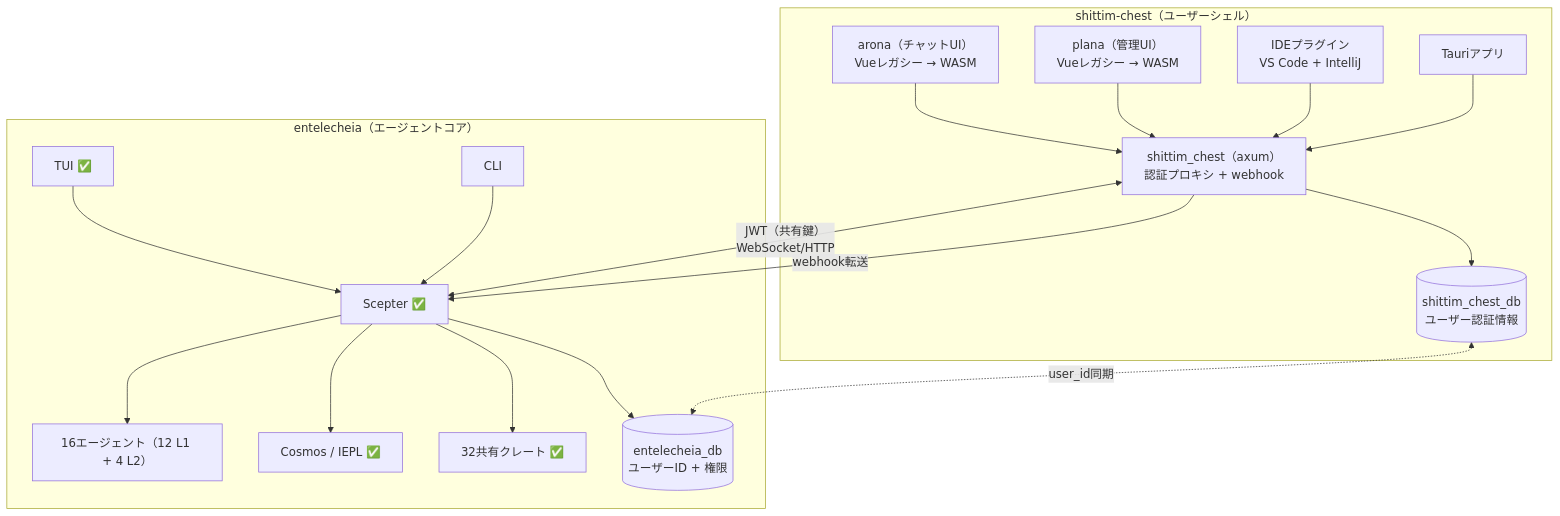
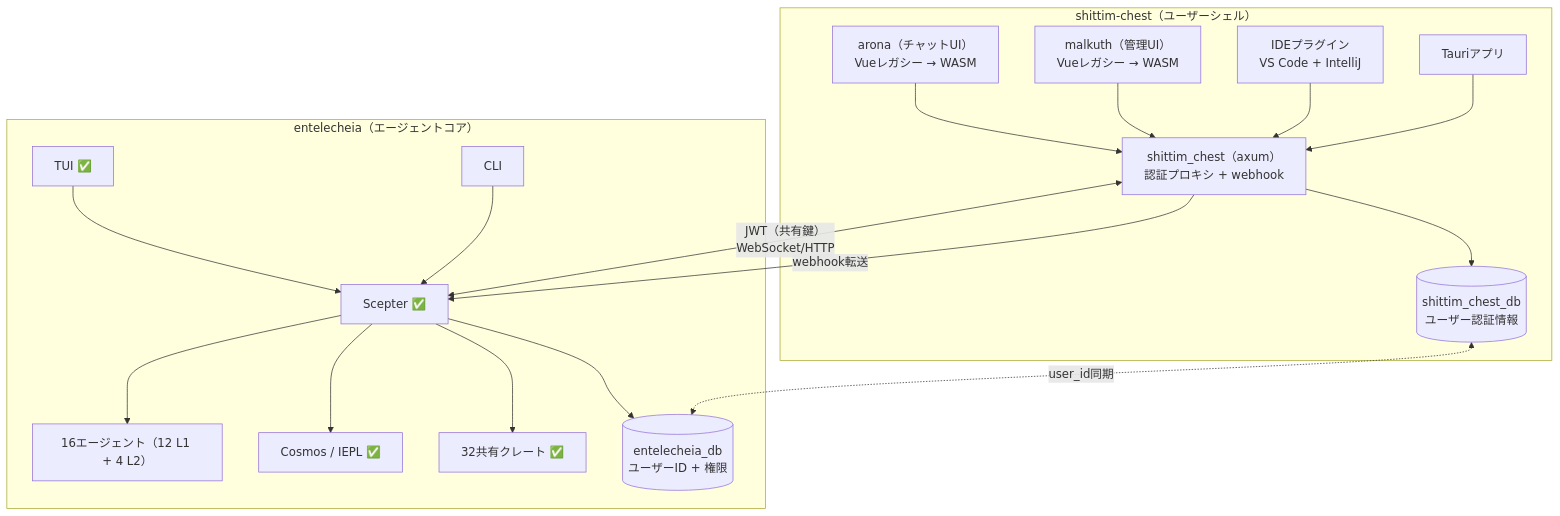
One commit to celestia-island/docs.celestia.world changed the second of 9 diagrams in docs/ja/designs/core/architecture.md. Above: the diagram before and after it, drawn with Mermaid. The commit also changed other lines of this file and 57 other files, not shown here.

First line of the commit message:
rename: plana -> malkuth across docs

````diff
--- a/docs/ja/designs/core/architecture.md
+++ b/docs/ja/designs/core/architecture.md
@@ -83,36 +83,36 @@
 ```mermaid
 flowchart TB
     subgraph shittim_chest["shittim-chest（ユーザーシェル）"]
         Arona["arona（チャットUI）\nVueレガシー → WASM"]
-        Plana["plana（管理UI）\nVueレガシー → WASM"]
+        Malkuth["malkuth（管理UI）\nVueレガシー → WASM"]
         SC["shittim_chest（axum）\n認証プロキシ + webhook"]
         IDE["IDEプラグイン\nVS Code + IntelliJ"]
         Tauri["Tauriアプリ"]
         SC_DB[("shittim_chest_db\nユーザー認証情報")]
         Arona --> SC
-        Plana --> SC
+        Malkuth --> SC
         IDE --> SC
         Tauri --> SC
         SC --> SC_DB
     end
 
     subgraph entelecheia["entelecheia（エージェントコア）"]
         TUI["TUI ✅"]
         CLI["CLI"]
         Scepter["Scepter ✅"]
         Agents["16エージェント（12 L1 + 4 L2）"]
         Cosmos["Cosmos / IEPL ✅"]
         Shared["32共有クレート ✅"]
         ENT_DB[("entelecheia_db\nユーザーID + 権限")]
         TUI --> Scepter
         CLI --> Scepter
         Scepter --> Agents
         Scepter --> Cosmos
         Scepter --> Shared
         Scepter --> ENT_DB
     end
 
     SC <-->|"JWT（共有鍵）\nWebSocket/HTTP"| Scepter
     SC -->|"webhook転送"| Scepter
     SC_DB <-.->|"user_id同期"| ENT_DB
 ```
````
